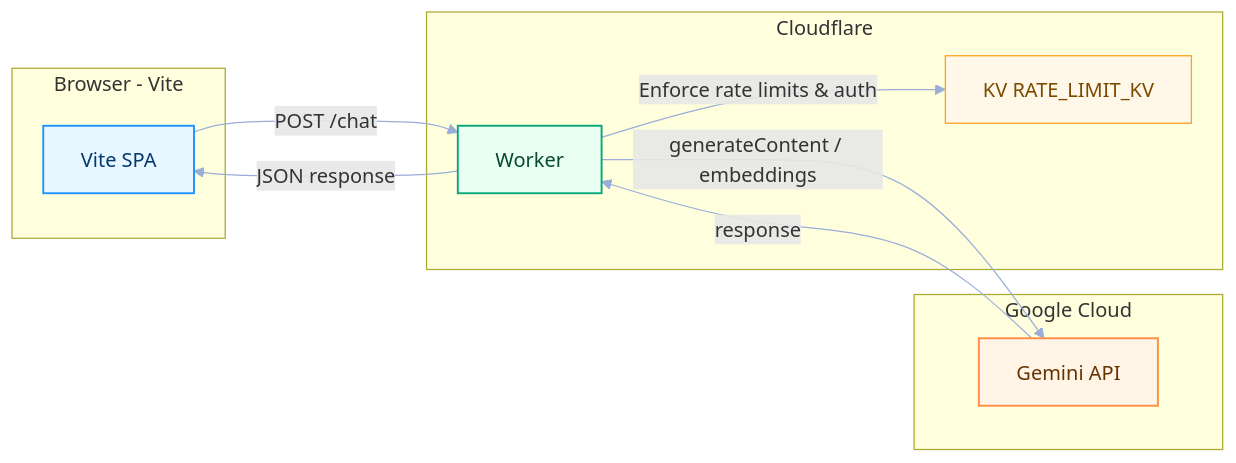
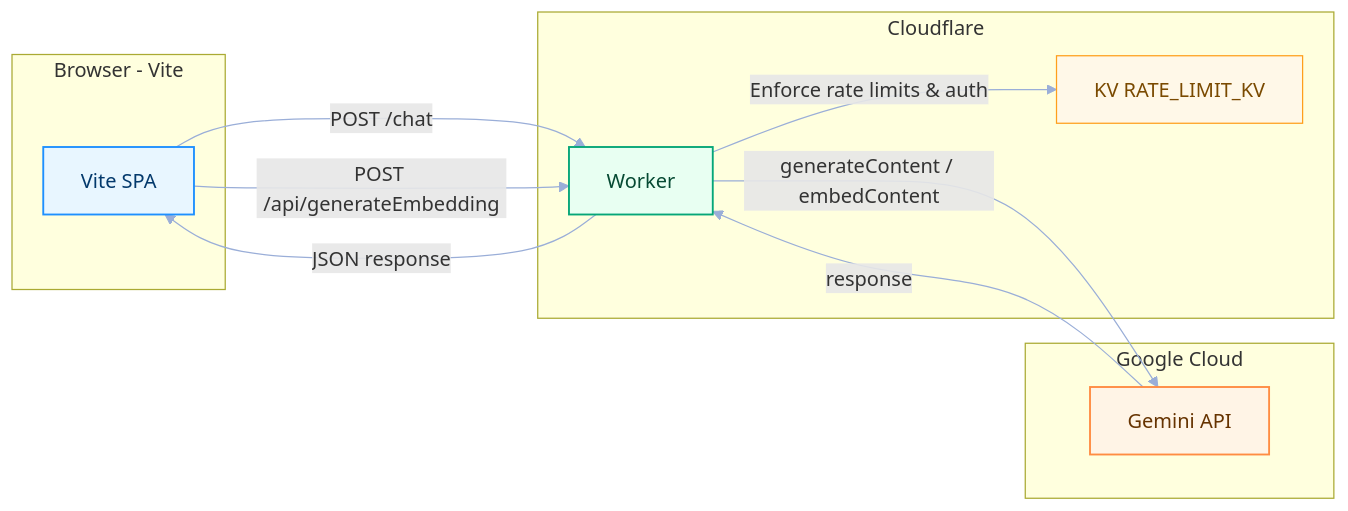
One commit to Gmpho/AI-powered-Static-portfolio changed the diagram in docs/architecture.mmd. Above: the diagram before and after it, drawn with Mermaid. The commit also changed 50 other files, not shown here.

```diff
--- a/docs/architecture.mmd
+++ b/docs/architecture.mmd
@@ -1,34 +1,35 @@
 flowchart LR
   %% Nodes
   subgraph Browser [Browser - Vite]
     A[Vite SPA]
   end
 
   subgraph Cloudflare [Cloudflare]
     B[Worker]
     C[KV RATE_LIMIT_KV]
   end
 
   subgraph GoogleCloud [Google Cloud]
     D[Gemini API]
   end
 
   %% Connections
   A -->|POST /chat| B
+  A -->|POST /api/generateEmbedding| B
   B -->|Enforce rate limits & auth| C
-  B -->|generateContent / embeddings| D
+  B -->|generateContent / embedContent| D
   D -->|response| B
   B -->|JSON response| A
 
   %% Styling
   classDef browser fill:#E8F6FF,stroke:#1E90FF,stroke-width:1.5px,color:#03396c;
   classDef cloud fill:#E8FFF2,stroke:#05A678,stroke-width:1.5px,color:#064a33;
   classDef kv fill:#FFF8E8,stroke:#FF9F1C,stroke-width:1px,color:#7a4a00;
   classDef google fill:#FFF4E6,stroke:#FF8C42,stroke-width:1.5px,color:#663300;
 
   class A browser;
   class B cloud;
   class C kv;
   class D google;
 
   linkStyle default stroke:#9aaed8,stroke-width:1px;
```
